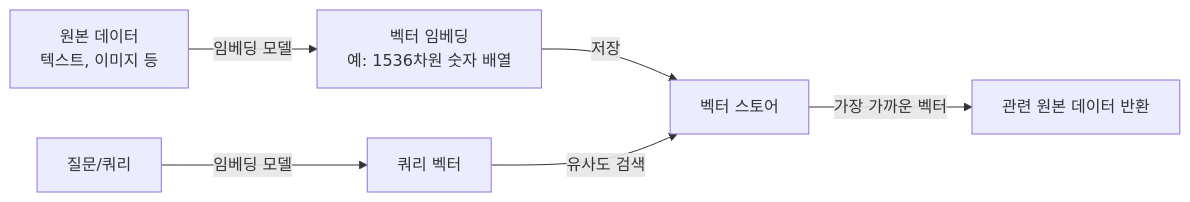
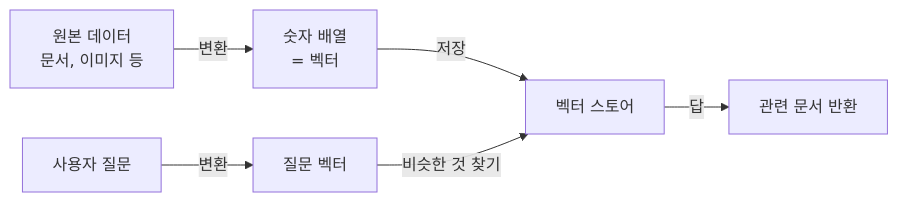
One commit to cloudpickr/cloudpick-docs changed the diagram in ai/vector-store.md. Above: the diagram before and after it, drawn with Mermaid. The commit also changed other lines of this file, not shown here.

````diff
--- a/ai/vector-store.md
+++ b/ai/vector-store.md
@@ -35,8 +39,8 @@
 ```mermaid
 graph LR
-    A[원본 데이터<br/>텍스트, 이미지 등] -->|임베딩 모델| B[벡터 임베딩<br/>예: 1536차원 숫자 배열]
+    A[원본 데이터<br/>문서, 이미지 등] -->|변환| B[숫자 배열<br/>= 벡터]
     B -->|저장| C[벡터 스토어]
-    Q[질문/쿼리] -->|임베딩 모델| V[쿼리 벡터]
-    V -->|유사도 검색| C
-    C -->|가장 가까운 벡터| R[관련 원본 데이터 반환]
+    Q[사용자 질문] -->|변환| V[질문 벡터]
+    V -->|비슷한 것 찾기| C
+    C -->|답| R[관련 문서 반환]
 ```
````
